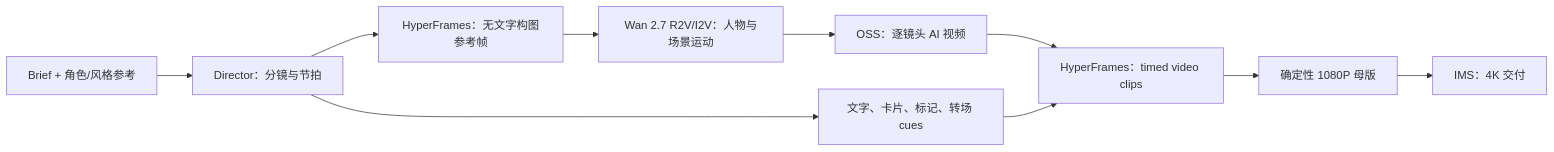
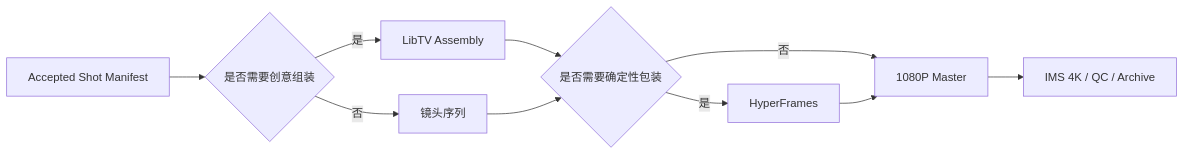
The fifth of 5 diagrams in docs/ARCHITECTURE.md (devWayne/video-agent-harness), drawn with Mermaid before and after one commit. The commit also changed other lines of this file and 116 other files, not shown here.

````diff
--- a/docs/ARCHITECTURE.md
+++ b/docs/ARCHITECTURE.md
@@ -35,12 +262,12 @@
 ```mermaid
 flowchart LR
-  Brief["Brief + 角色/风格参考"] --> Director["Director：分镜与节拍"]
-  Director --> Guide["HyperFrames：无文字构图参考帧"]
-  Guide --> Wan["Wan 2.7 R2V/I2V：人物与场景运动"]
-  Wan --> Clips["OSS：逐镜头 AI 视频"]
-  Clips --> HF["HyperFrames：timed video clips"]
-  Director --> Overlays["文字、卡片、标记、转场 cues"]
-  Overlays --> HF
-  HF --> Master["确定性 1080P 母版"]
-  Master --> UHD["IMS：4K 交付"]
+  Accepted["Accepted Shot Manifest"] --> Choice{"是否需要创意组装"}
+  Choice -->|"是"| LibAssembly["LibTV Assembly"]
+  Choice -->|"否"| Base["镜头序列"]
+  LibAssembly --> Brand{"是否需要确定性包装"}
+  Base --> Brand
+  Brand -->|"是"| Hyper["HyperFrames"]
+  Brand -->|"否"| Master["1080P Master"]
+  Hyper --> Master
+  Master --> IMS["IMS 4K / QC / Archive"]
 ```
````
